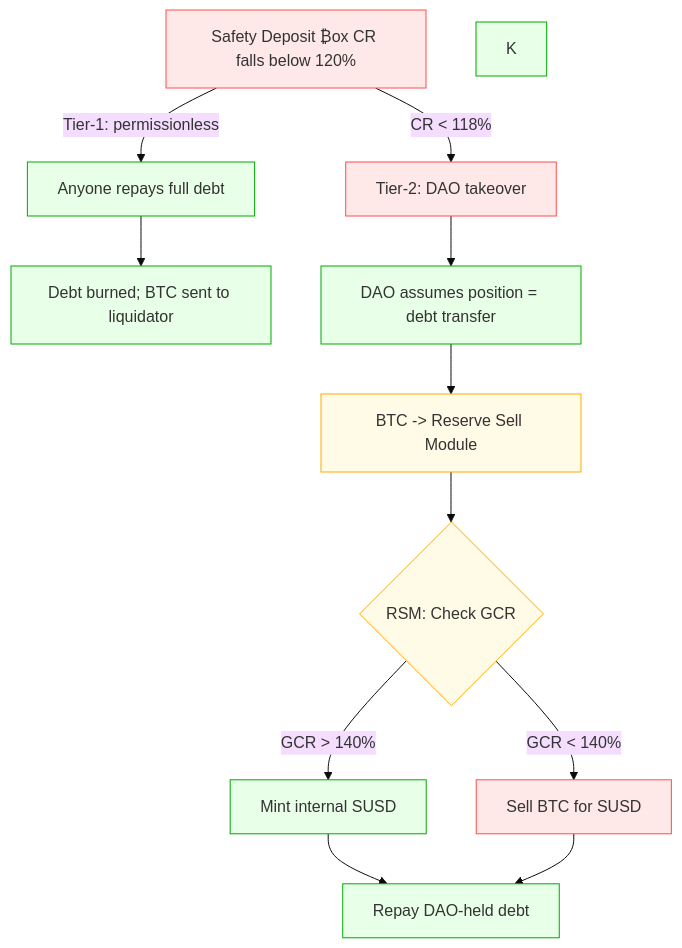
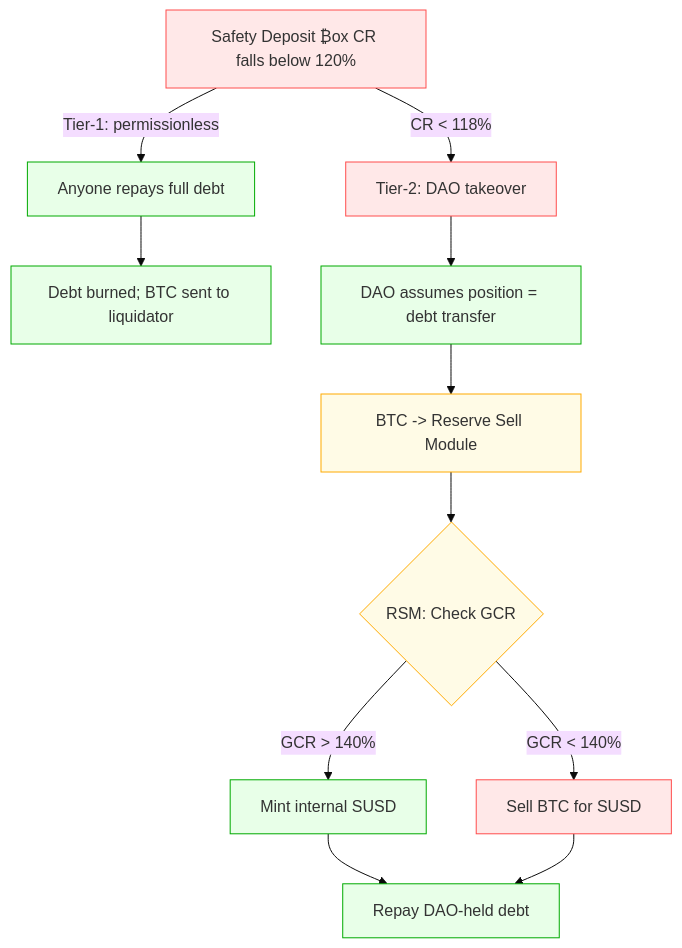
Before and after one commit to txalkan/docs.syron: the second of 4 diagrams in whitepapers/syron-stablecoins.md, drawn with Mermaid (base theme). The commit also changed other lines of this file, not shown here.

````diff
--- a/whitepapers/syron-stablecoins.md
+++ b/whitepapers/syron-stablecoins.md
@@ -168,24 +168,23 @@
 ```mermaid
 flowchart TD
   A[Safety Deposit ₿ox CR falls below 120%] -->|Tier-1: permissionless| B[Anyone repays full debt]
   B --> C[Debt burned; BTC sent to liquidator]
   A -->|CR < 118%| D[Tier-2: DAO takeover]
   D --> E[DAO assumes position = debt transfer]
   E --> F[BTC -> Reserve Sell Module]
   F --> G{RSM: Check GCR}
   G -->|GCR > 140%| H[Mint internal SUSD]
   G -->|GCR < 140%| I[Sell BTC for SUSD]
   H --> J[Repay DAO-held debt]
   I --> J
   style A fill:#ffe8e8,stroke:#ff4d4d
   style D fill:#ffe8e8,stroke:#ff4d4d
   style B fill:#e8ffe8,stroke:#00aa00
   style C fill:#e8ffe8,stroke:#00aa00
   style E fill:#e8ffe8,stroke:#00aa00
   style F fill:#fffbe6,stroke:#ffaa00
   style G fill:#fffbe6,stroke:#ffaa00
   style H fill:#e8ffe8,stroke:#00aa00
   style I fill:#ffe8e8,stroke:#ff4d4d
   style J fill:#e8ffe8,stroke:#00aa00
-  style K fill:#e8ffe8,stroke:#00aa00
 ```
````
